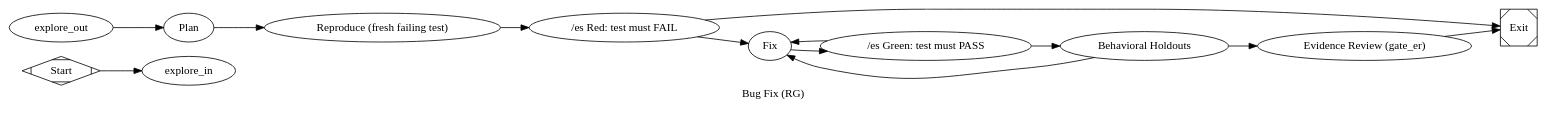
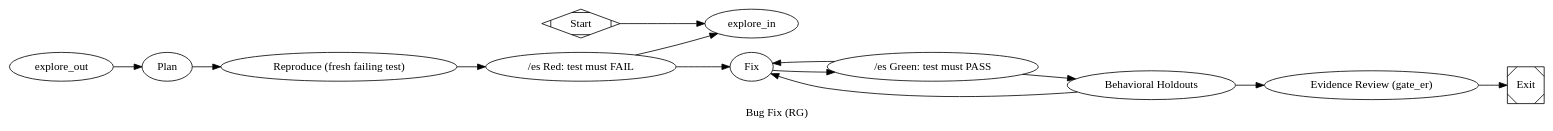
The diagram in pipelines/bug_fix.dot (jleechanorg/dark-factory), drawn with Graphviz before and after one commit. The commit also changed 21 other files, not shown here.

```diff
--- a/pipelines/bug_fix.dot
+++ b/pipelines/bug_fix.dot
@@ -1,122 +1,123 @@
 // pipelines/bug_fix.dot
 //
 // Bug-fix lane with /rg (red/green) discipline.
 //
 //   start -> explore_in -> [4-way explore fanout] -> explore_join
 //         -> explore_out -> plan -> reproduce -> gate_red
 //         -> fix (max 3) -> gate_green
 //         -> holdout (sealed behavioral holdouts)
 //         -> evidence (gate_er, adversarial cross-vendor review)
 //         -> exit
 //
 // The discipline: a fresh test reproduces the bug, fails under the current
 // code, then passes after the fix. The agent is forbidden from reading the
 // bug report to derive the test (see prompts/bug_fix/reproduce.md).
 //
 // The red gate is a goal-gate: if the test does not fail, the pipeline
 // exits early — no fix is attempted because the bug was not reproduced.
 
 digraph BugFix {
     graph [
         include="@pipelines/_base.dot",
         goal="Bug fix with red/green discipline: reproduce -> red gate -> fix -> green gate -> exit",
         label="Bug Fix (RG)"
     ]
     rankdir=LR
 
     start  [shape=Mdiamond, label="Start"]
     exit   [shape=Msquare,  label="Exit"]
 
     // The base provides: explore_in, explore_fanout, explore_{concept,auth,
     // reuse,risks}, explore_join, explore_out.
 
     plan [
         type="codergen",
         class="plan",
         label="Plan",
         prompt="@prompts/slim/plan.md"
     ]
 
     reproduce [
         type="codergen",
         class="implement",
         label="Reproduce (fresh failing test)",
         prompt="@prompts/bug_fix/reproduce.md",
         goal_gate=true
     ]
 
     gate_red [
         type="gate_red",
         label="/es Red: test must FAIL",
         test_path="${state.bug_fix.test_path}",
         timeout=300
     ]
 
     fix [
         type="codergen",
         class="fix",
         label="Fix",
         prompt="@prompts/bug_fix/fix.md",
         max_visits="3"
     ]
 
     gate_green [
         type="gate_green",
         label="/es Green: test must PASS",
         test_path="${state.bug_fix.test_path}",
         timeout=300
     ]
 
     // Sealed behavioral holdouts (holdout-always policy): a green repro test
     // proves the reported symptom is gone, not that the fix preserved the
     // feature's sealed behavioral contract. Failure routes back to fix
     // (bounded by fix's max_visits=3).
     holdout [
         type="holdout_eval",
         label="Behavioral Holdouts",
         validation=true,
         goal_gate=true,
         timeout=600,
         retry_target="fix"
     ]
 
     // Adversarial reviewer, mirroring review_pr.dot's evidence node: a
     // green test alone is not merge confidence — an independent, SHA-bound,
     // cross-vendor reviewer must grade the diff before the lane exits.
     // prefer_adversarial=true excludes the run-level coder backend from the
     // priority queue. On a real fail/partial verdict, the exit handler
     // propagates the non-success outcome, so reviewed-and-rejected runs
     // terminate as failures (they never ship silently green).
     evidence [
         type="gate_er",
         label="Evidence Review (gate_er)",
         class="review",
         backend_priority="codex,minimax,agy,claude-sonnet",
         prefer_adversarial="true",
         timeout=600
     ]
 
     // Wiring: start enters explore, explore exits to plan, plan → reproduce.
     start      -> explore_in
     explore_out -> plan
     plan       -> reproduce
     reproduce  -> gate_red
 
     // Red gate: success means bug reproduced; failure means we couldn't
-    // reproduce — exit early instead of pretending to fix.
+    // reproduce — loop back to explore_in (per factory-evolve G1)
+    // so the coder re-investigates before attempting a fix.
     gate_red   -> fix          [condition="outcome=success"]
-    gate_red   -> exit         [condition="outcome!=success"]
+    gate_red   -> explore_in   [condition="outcome!=success"]
 
     // Fix loop: sealed holdouts then adversarial review on success, back to
     // fix on failure (max 3 visits).
     fix        -> gate_green
     gate_green -> holdout      [condition="outcome=success"]
     gate_green -> fix          [condition="outcome!=success"]
 
     holdout    -> evidence     [condition="outcome=success"]
     holdout    -> fix          [condition="outcome!=success"]
 
     // Evidence verdict is recorded in CXDB either way; exit propagates a
     // non-success review outcome as the run's terminal outcome.
     evidence   -> exit
 }
```
